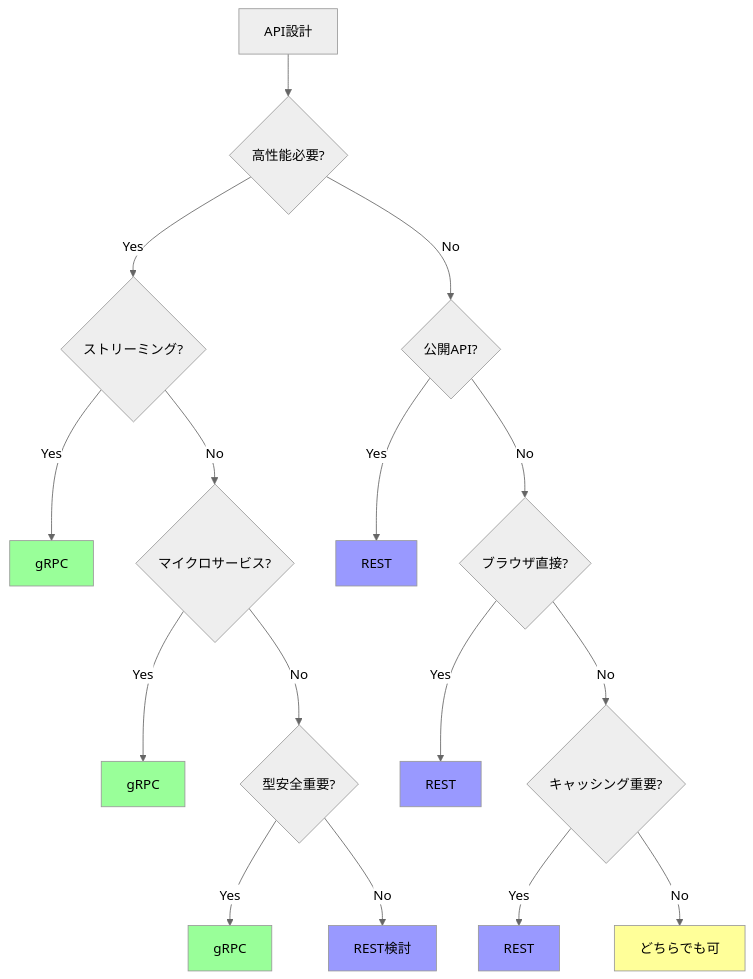
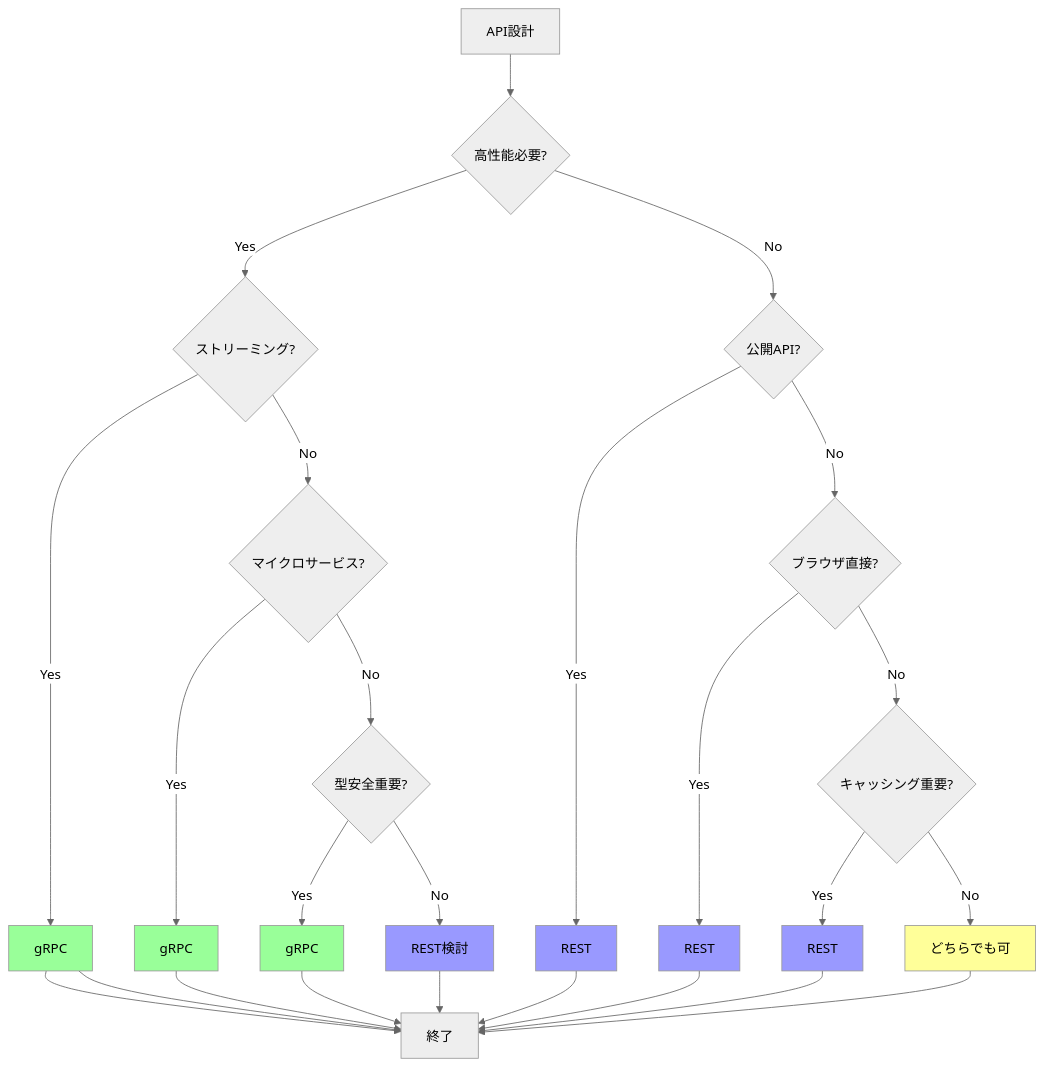
Before and after one commit to koga-miko/misc: diagram 15 of 21 in raspberry-pi-report/gRPCまとめ.md, drawn with Mermaid (neutral theme). The commit also changed other lines of this file and 1 other file, not shown here.

````diff
--- a/raspberry-pi-report/gRPCまとめ.md
+++ b/raspberry-pi-report/gRPCまとめ.md
@@ -650,29 +650,39 @@
 ```mermaid
 graph TD
     Start[API設計] --> Q1{高性能必要?}
     
     Q1 -->|Yes| Q2{ストリーミング?}
     Q2 -->|Yes| gRPC1[gRPC]
     Q2 -->|No| Q3{マイクロサービス?}
     Q3 -->|Yes| gRPC2[gRPC]
     Q3 -->|No| Q4{型安全重要?}
     Q4 -->|Yes| gRPC3[gRPC]
     Q4 -->|No| REST1[REST検討]
     
     Q1 -->|No| Q5{公開API?}
     Q5 -->|Yes| REST2[REST]
     Q5 -->|No| Q6{ブラウザ直接?}
     Q6 -->|Yes| REST3[REST]
     Q6 -->|No| Q7{キャッシング重要?}
     Q7 -->|Yes| REST4[REST]
     Q7 -->|No| Both[どちらでも可]
-    
+    REST4 --> End[終了]
+    REST2 --> End
+    REST3 --> End
+    gRPC3 --> End
+    gRPC1 --> End
+    gRPC2 --> End
+    REST1 --> End
+    Both --> End
+    gRPC1 --> End
+
     style gRPC1 fill:#9f9
     style gRPC2 fill:#9f9
     style gRPC3 fill:#9f9
     style REST1 fill:#99f
     style REST2 fill:#99f
     style REST3 fill:#99f
     style REST4 fill:#99f
     style Both fill:#ff9
+
 ```
````
